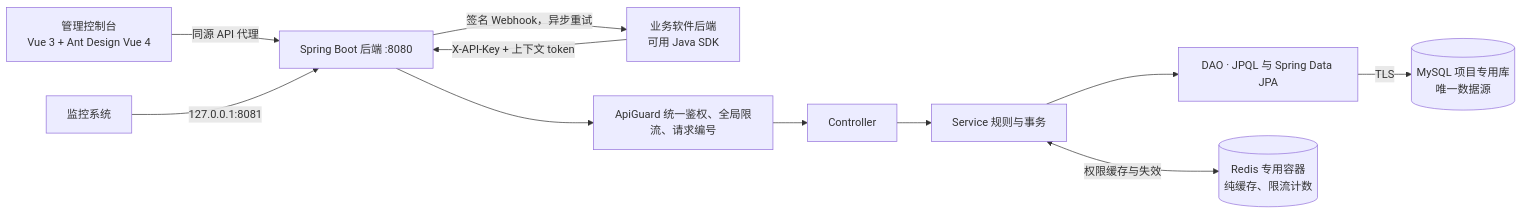
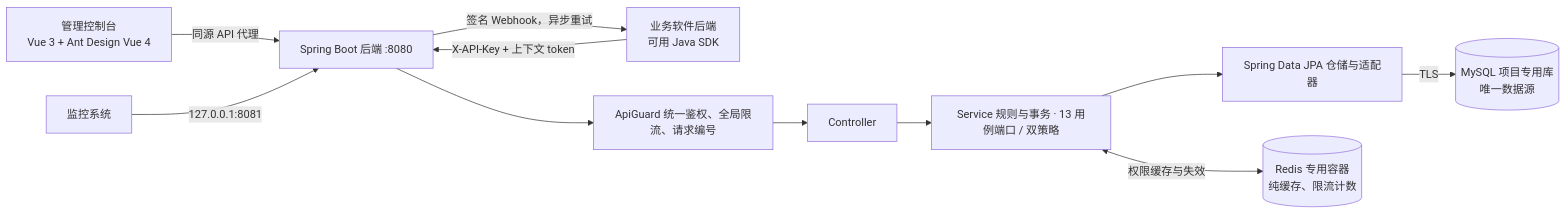
Before and after one commit to JiuQi79-BOT/MelonHub: the first of 2 diagrams in doc/ARCHITECTURE.md, drawn with Mermaid. The commit also changed other lines of this file and 45 other files, not shown here.

First line of the commit message:
docs(architecture): sync docs, requirement matrix, and 13 PlantUML diagrams

````diff
--- a/doc/ARCHITECTURE.md
+++ b/doc/ARCHITECTURE.md
@@ -5,13 +5,13 @@
 ```mermaid
 flowchart LR
     A[管理控制台<br/>Vue 3 + Ant Design Vue 4] -->|同源 API 代理| B[Spring Boot 后端 :8080]
     C[业务软件后端<br/>可用 Java SDK] -->|X-API-Key + 上下文 token| B
     B --> G[ApiGuard 统一鉴权、全局限流、请求编号]
     G --> D[Controller]
-    D --> E[Service 规则与事务]
-    E --> F[DAO · JPQL 与 Spring Data JPA]
+    D --> E[Service 规则与事务 · 13 用例端口 / 双策略]
+    E --> F[Spring Data JPA 仓储与适配器]
     F -->|TLS| M[(MySQL 项目专用库<br/>唯一数据源)]
     E <-->|权限缓存与失效| R[(Redis 专用容器<br/>纯缓存、限流计数)]
     B -->|签名 Webhook，异步重试| C
     P[监控系统] -->|127.0.0.1:8081| B
 ```
````
